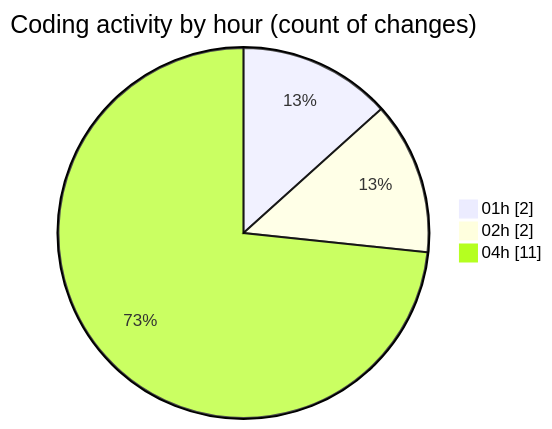
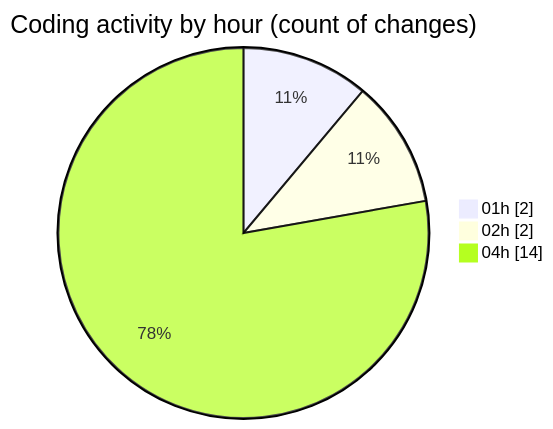
The second of 2 diagrams in 2026-02-05/singularitybrainai/README.md (tmsrecording-cyber/code-tracking), drawn with Mermaid before and after one commit. The commit also changed other lines of this file and 1 other file, not shown here.

````diff
--- a/2026-02-05/singularitybrainai/README.md
+++ b/2026-02-05/singularitybrainai/README.md
@@ -30,7 +30,7 @@
 ```mermaid
 pie showData
 title Coding activity by hour (count of changes)
 "01h" : 2
 "02h" : 2
-"04h" : 11
+"04h" : 14
 ```
````
